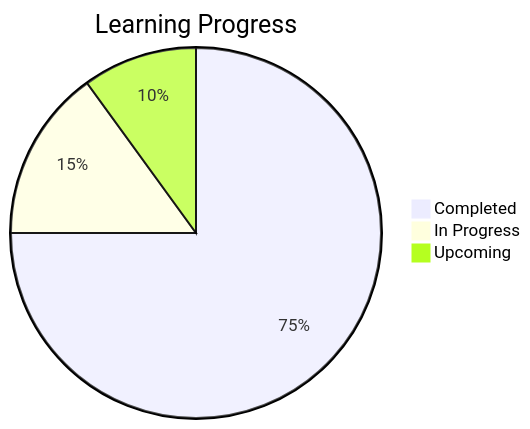
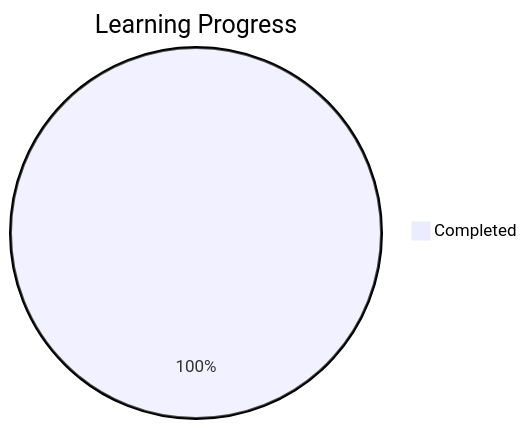
One commit to UsaaryanByte07/Learning-Js changed the seventh of 7 diagrams in README.md. Above: the diagram before and after it, drawn with Mermaid. The commit also changed other lines of this file and 5 other files, not shown here.

````diff
--- a/README.md
+++ b/README.md
@@ -559,6 +962,4 @@
 ```mermaid
 pie title Learning Progress
-    "Completed" : 75
-    "In Progress" : 15
-    "Upcoming" : 10
+    "Completed" : 100
 ```
````
